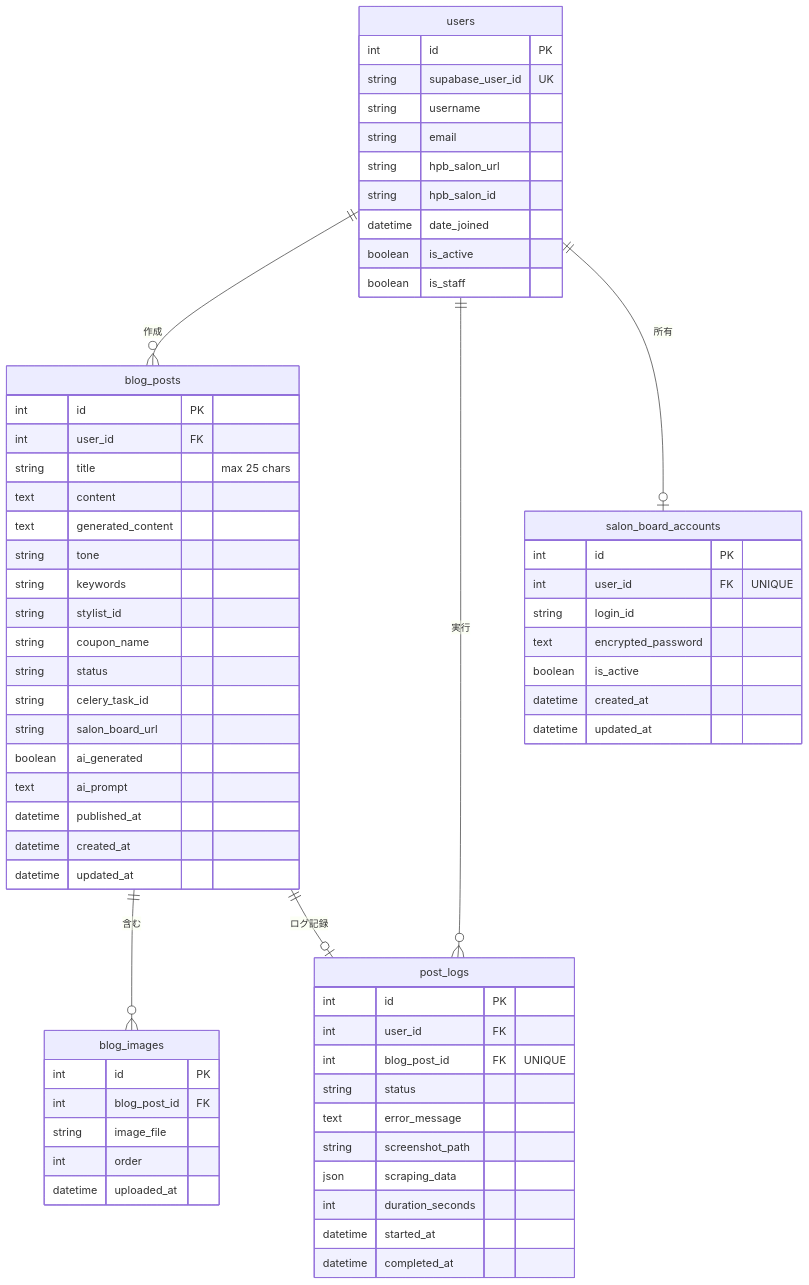
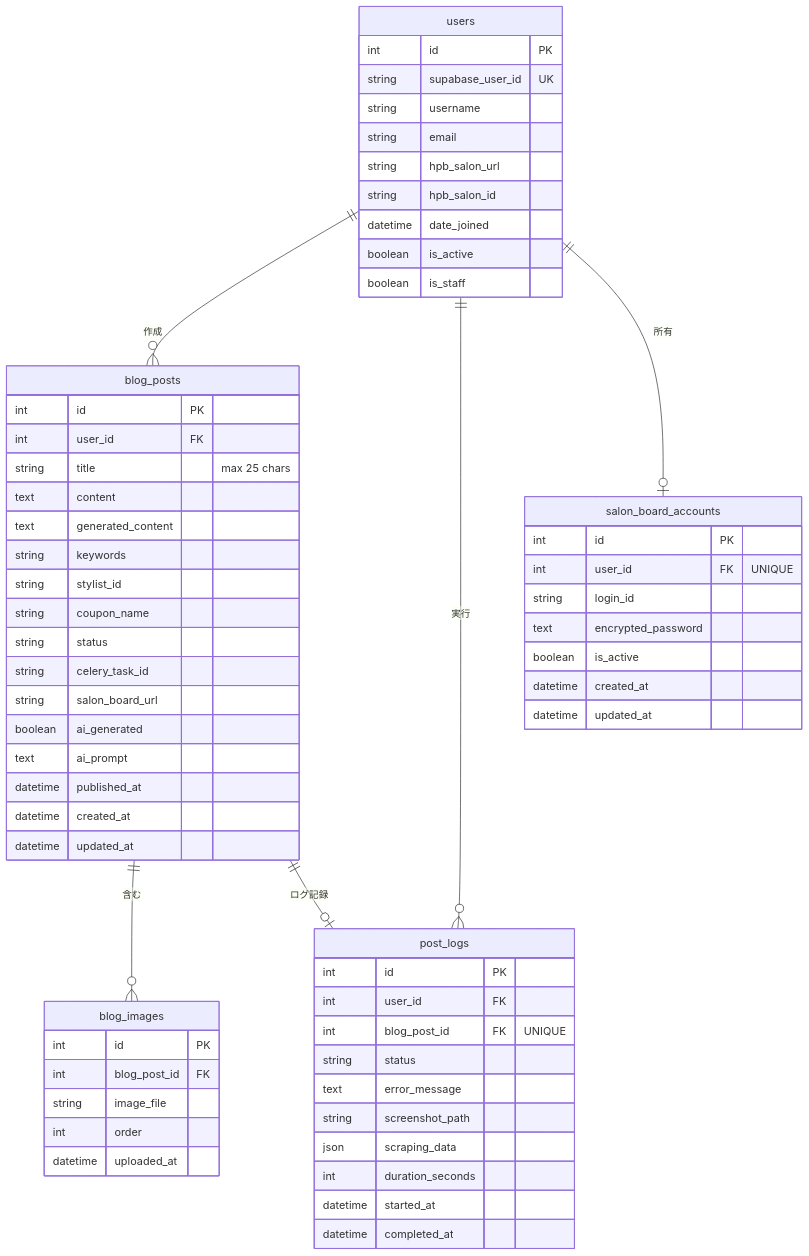
One commit to caadvisors1234/blog-automation changed the diagram in docs/database_schema.md. Above: the diagram before and after it, drawn with Mermaid. The commit also changed other lines of this file and 12 other files, not shown here.

````diff
--- a/docs/database_schema.md
+++ b/docs/database_schema.md
@@ -11,71 +11,70 @@
 ```mermaid
 erDiagram
     users ||--o{ blog_posts : "作成"
     users ||--o{ post_logs : "実行"
     users ||--o| salon_board_accounts : "所有"
     blog_posts ||--o{ blog_images : "含む"
     blog_posts ||--o| post_logs : "ログ記録"
 
     users {
         int id PK
         string supabase_user_id UK
         string username
         string email
         string hpb_salon_url
         string hpb_salon_id
         datetime date_joined
         boolean is_active
         boolean is_staff
     }
 
     blog_posts {
         int id PK
         int user_id FK
         string title "max 25 chars"
         text content
         text generated_content
-        string tone
         string keywords
         string stylist_id
         string coupon_name
         string status
         string celery_task_id
         string salon_board_url
         boolean ai_generated
         text ai_prompt
         datetime published_at
         datetime created_at
         datetime updated_at
     }
 
     blog_images {
         int id PK
         int blog_post_id FK
         string image_file
         int order
         datetime uploaded_at
     }
 
     post_logs {
         int id PK
         int user_id FK
         int blog_post_id FK "UNIQUE"
         string status
         text error_message
         string screenshot_path
         json scraping_data
         int duration_seconds
         datetime started_at
         datetime completed_at
     }
 
     salon_board_accounts {
         int id PK
         int user_id FK "UNIQUE"
         string login_id
         text encrypted_password
         boolean is_active
         datetime created_at
         datetime updated_at
     }
 ```
````
